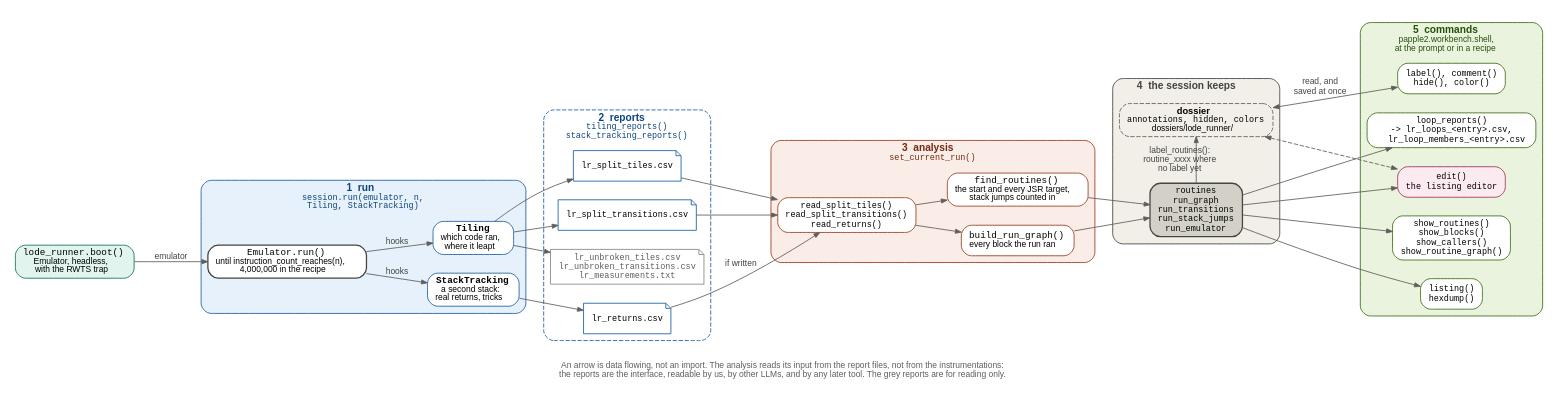
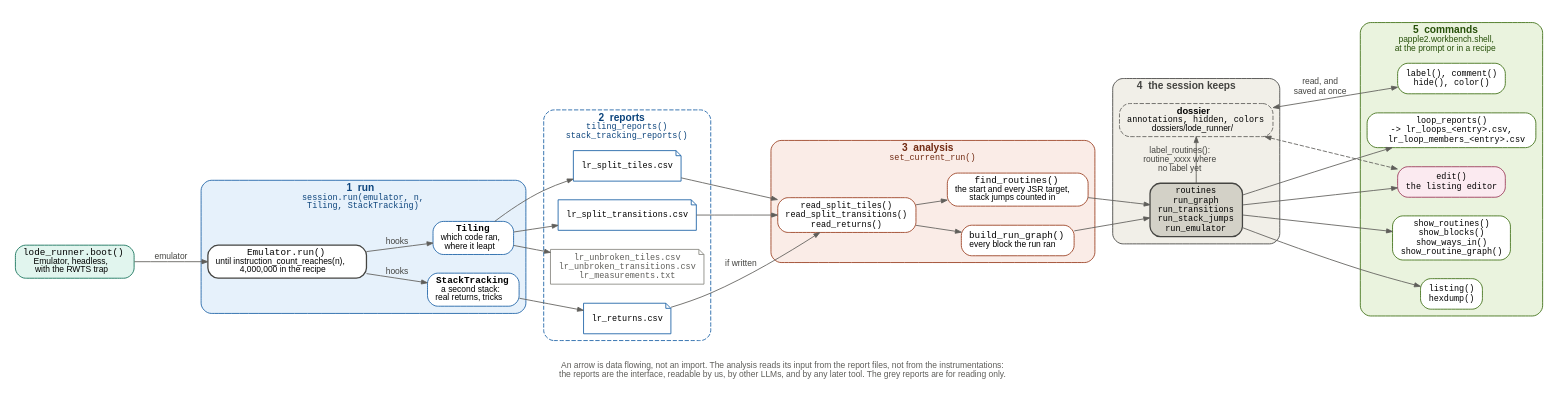
The diagram in docs/diagrams/pipeline.dot (fschuhi/papple2), drawn with Graphviz before and after one commit. The commit also changed 11 other files, not shown here.

```diff
--- a/docs/diagrams/pipeline.dot
+++ b/docs/diagrams/pipeline.dot
@@ -1,128 +1,128 @@
 // The workbench's pipeline: from a run of the program to the commands.
 // Unlike packages.dot, workbench.dot and core.dot, an arrow here is data
 // flowing, not an import. The colours are those of workbench.dot.
 // Each step names the Session method that makes it happen; the recipe in
 // scripts/lr_basic_blocks_analysis.py calls them in this order.
 // Rendered by `make presentation`.
 
 digraph pipeline {
     rankdir=LR;
     newrank=true;
     size="13.3,7.5";
     nodesep=0.3;
     ranksep=0.5;
     bgcolor="white";
     fontname="Helvetica";
     fontsize=10;
     fontcolor="#5F5E5A";
     labelloc="b";
     label="\nAn arrow is data flowing, not an import. The analysis reads its input from the report files, not from the instrumentations:\nthe reports are the interface, readable by us, by other LLMs, and by any later tool. The grey reports are for reading only.";
     node [shape=box, style="rounded,filled", fontname="Helvetica", fontsize=11,
           fillcolor="white", color="#5F5E5A", penwidth=1, margin="0.12,0.06"];
     edge [color="#5F5E5A", fontname="Helvetica", fontsize=10, fontcolor="#444441",
           arrowsize=0.7];
 
     // 0 the machine, built before the run: the program's boot()
     boot [label=<<FONT FACE="monospace">lode_runner.boot()</FONT><BR/><FONT POINT-SIZE="10">Emulator, headless,</FONT><BR/><FONT POINT-SIZE="10">with the RWTS trap</FONT>>,
           fillcolor="#E1F5EE", color="#0F6E56"];
     boot -> loop [label=" emulator "];
 
     // 1 the run
     subgraph cluster_run {
         label=<<B>1  run</B><BR/><FONT FACE="monospace" POINT-SIZE="10">session.run(emulator, n,<BR/>Tiling, StackTracking)</FONT>>;
         labelloc="t"; style="rounded,filled"; fillcolor="#E6F1FB"; color="#185FA5";
         fontcolor="#0C447C"; fontsize=12;
 
         loop [label=<<FONT FACE="monospace">Emulator.run()</FONT><BR/><FONT POINT-SIZE="10">until instruction_count_reaches(n),</FONT><BR/><FONT POINT-SIZE="10">4,000,000 in the recipe</FONT>>,
               penwidth=1.5, color="#444441"];
         tiling [label=<<FONT FACE="monospace"><B>Tiling</B></FONT><BR/><FONT POINT-SIZE="10">which code ran,</FONT><BR/><FONT POINT-SIZE="10">where it leapt</FONT>>,
                 color="#185FA5"];
         stack [label=<<FONT FACE="monospace"><B>StackTracking</B></FONT><BR/><FONT POINT-SIZE="10">a second stack:</FONT><BR/><FONT POINT-SIZE="10">real returns, tricks</FONT>>,
                color="#185FA5"];
         { rank=same; tiling; stack; }
 
         loop -> tiling [label=" hooks "];
         loop -> stack [label=" hooks "];
     }
 
     // 2 the reports, files in the reports folder
     subgraph cluster_reports {
         label=<<B>2  reports</B><BR/><FONT FACE="monospace" POINT-SIZE="10">tiling_reports()<BR/>stack_tracking_reports()</FONT>>;
         labelloc="t"; style="rounded,dashed"; color="#185FA5";
         fontcolor="#0C447C"; fontsize=12;
         node [shape=note, style="filled", fillcolor="white", fontname="monospace",
               fontsize=10, color="#185FA5"];
 
         split_tiles [label="lr_split_tiles.csv"];
         split_transitions [label="lr_split_transitions.csv"];
         returns [label="lr_returns.csv"];
         unbroken [label="lr_unbroken_tiles.csv\nlr_unbroken_transitions.csv\nlr_measurements.txt",
                   color="#888780", fontcolor="#5F5E5A"];
         { rank=same; split_tiles; split_transitions; returns; unbroken; }
     }
 
     tiling -> split_tiles;
     tiling -> split_transitions;
     tiling -> unbroken;
     stack -> returns;
 
     // 3 the analysis
     subgraph cluster_analysis {
         label=<<B>3  analysis</B><BR/><FONT FACE="monospace" POINT-SIZE="10">set_current_run()</FONT>>;
         labelloc="t"; style="rounded,filled"; fillcolor="#FAECE7"; color="#993C1D";
         fontcolor="#712B13"; fontsize=12;
 
         read [label=<<FONT FACE="monospace">read_split_tiles()<BR/>read_split_transitions()<BR/>read_returns()</FONT>>,
               fontsize=10, color="#993C1D"];
         find [label=<<FONT FACE="monospace">find_routines()</FONT><BR/><FONT POINT-SIZE="10">the start and every JSR target,</FONT><BR/><FONT POINT-SIZE="10">stack jumps counted in</FONT>>,
               color="#993C1D"];
         run_graph [label=<<FONT FACE="monospace">build_run_graph()</FONT><BR/><FONT POINT-SIZE="10">every block the run ran</FONT>>,
                    color="#993C1D"];
         { rank=same; find; run_graph; }
         read -> find;
         read -> run_graph;
     }
 
     split_tiles -> read;
     split_transitions -> read;
     returns -> read [label=" if written "];
 
     // 4 what the session keeps
     subgraph cluster_state {
         label=<<B>4  the session keeps</B>>;
         labelloc="t"; style="rounded,filled"; fillcolor="#F1EFE8"; color="#444441";
         fontcolor="#444441"; fontsize=12;
 
         state [label=<<FONT FACE="monospace">routines<BR/>run_graph<BR/>run_transitions<BR/>run_stack_jumps<BR/>run_emulator</FONT>>,
                fontsize=10, fillcolor="#D3D1C7", color="#444441", penwidth=1.5];
         dossier [label=<<B>dossier</B><BR/><FONT POINT-SIZE="10" FACE="monospace">annotations, hidden, colors</FONT><BR/><FONT POINT-SIZE="10">dossiers/lode_runner/</FONT>>,
                  fillcolor="#F1EFE8", color="#5F5E5A", style="rounded,filled,dashed"];
         { rank=same; state; dossier; }
         state -> dossier [label=" label_routines():\n routine_xxxx where\n no label yet "];
     }
 
     find -> state;
     run_graph -> state;
 
     // 5 the commands
     subgraph cluster_commands {
         label=<<B>5  commands</B><BR/><FONT POINT-SIZE="10">papple2.workbench.shell,</FONT><BR/><FONT POINT-SIZE="10">at the prompt or in a recipe</FONT>>;
         labelloc="t"; style="rounded,filled"; fillcolor="#EAF3DE"; color="#3B6D11";
         fontcolor="#27500A"; fontsize=12;
         node [fontname="monospace", fontsize=10, color="#3B6D11"];
 
-        show [label="show_routines()\nshow_blocks()\nshow_callers()\nshow_routine_graph()"];
+        show [label="show_routines()\nshow_blocks()\nshow_ways_in()\nshow_routine_graph()"];
         listing [label="listing()\nhexdump()"];
         edit [label="edit()\nthe listing editor", fillcolor="#FBEAF0", color="#993556"];
         loop_reports [label="loop_reports()\n-> lr_loops_<entry>.csv,\n   lr_loop_members_<entry>.csv"];
         notes [label="label(), comment()\nhide(), color()"];
         { rank=same; show; listing; edit; loop_reports; notes; }
     }
 
     state -> show;
     state -> listing;
     state -> edit;
     state -> loop_reports;
     dossier -> notes [dir=both, label=" read, and\n saved at once "];
     dossier -> edit [dir=both, style=dashed];
 }
```
